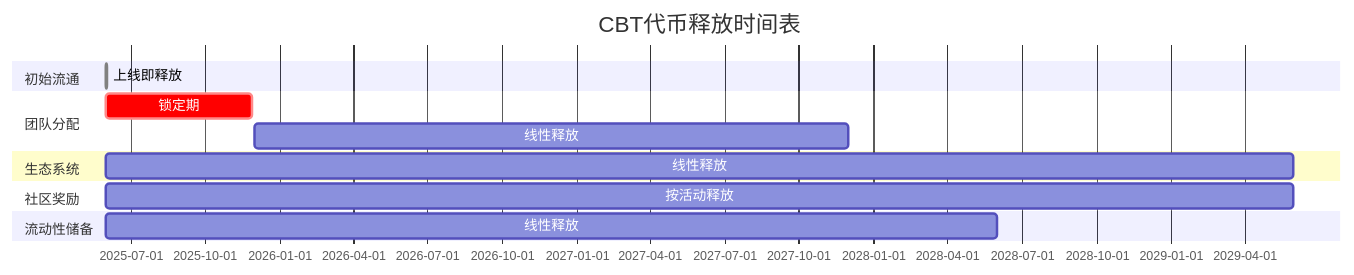
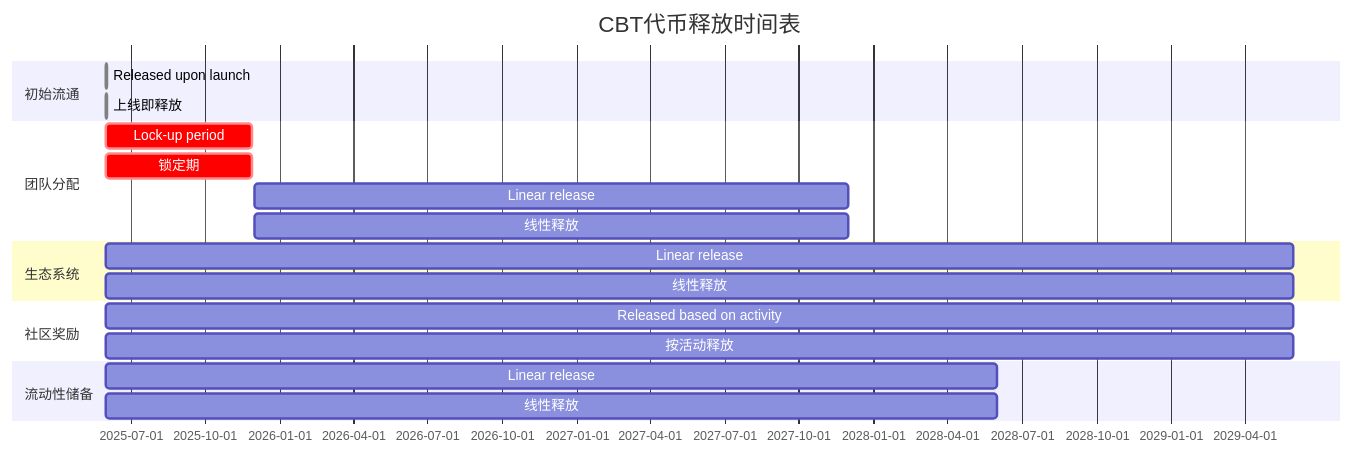
The diagram in design/bnb_chain_token_economic_model.md (yb1734492970508/CultureBridge-Frontend1), drawn with Mermaid before and after one commit. The commit also changed other lines of this file, not shown here.

Commit message:
Update design/bnb_chain_token_economic_model.md with bilingual content

````diff
--- a/design/bnb_chain_token_economic_model.md
+++ b/design/bnb_chain_token_economic_model.md
@@ -28,16 +46,28 @@
 ```mermaid
 gantt
+    title CBT Token Release Schedule
     title CBT代币释放时间表
     dateFormat  YYYY-MM-DD
+    section Initial Circulation
     section 初始流通
+    Released upon launch :done, 2025-06-01, 1d
     上线即释放 :done, 2025-06-01, 1d
+    section Team Allocation
     section 团队分配
+    Lock-up period     :crit, 2025-06-01, 180d
     锁定期     :crit, 2025-06-01, 180d
+    Linear release   :2025-12-01, 730d
     线性释放   :2025-12-01, 730d
+    section Ecosystem
     section 生态系统
+    Linear release   :2025-06-01, 1460d
     线性释放   :2025-06-01, 1460d
+    section Community Rewards
     section 社区奖励
+    Released based on activity :2025-06-01, 1460d
     按活动释放 :2025-06-01, 1460d
+    section Liquidity Reserve
     section 流动性储备
+    Linear release   :2025-06-01, 1095d
     线性释放   :2025-06-01, 1095d
 ```
````
